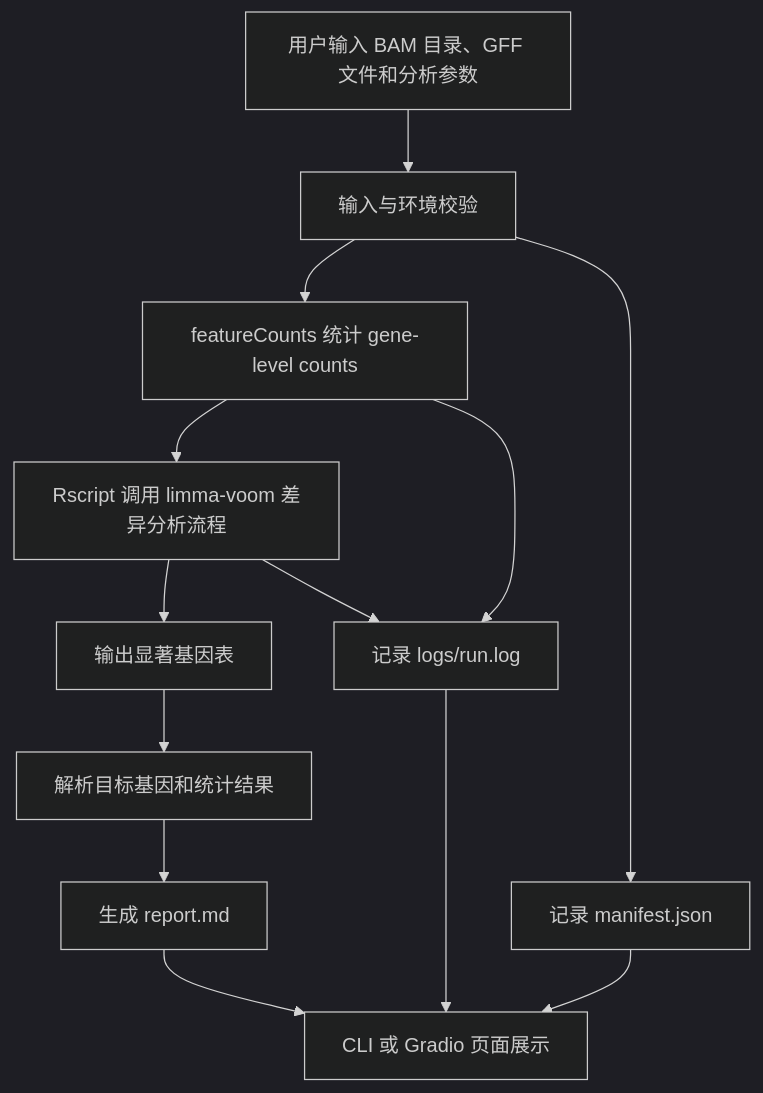
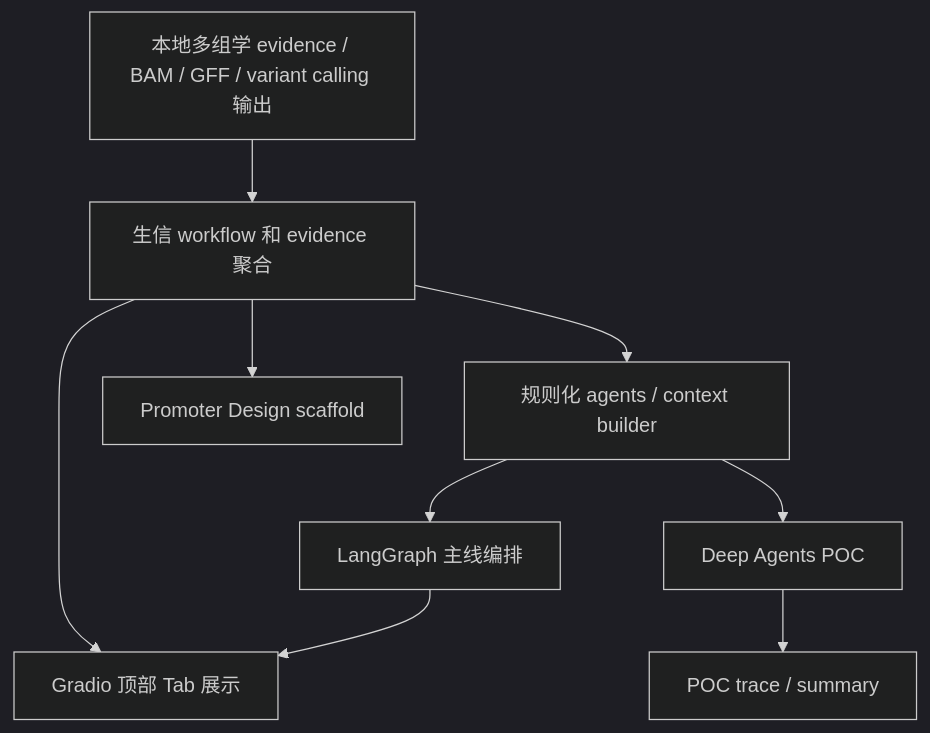
The diagram in docs/teacher_demo_brief.md (EuphoniumKumiko/breeding-agent), drawn with Mermaid (dark theme) before and after one commit. The commit also changed other lines of this file and 91 other files, not shown here.

````diff
--- a/docs/teacher_demo_brief.md
+++ b/docs/teacher_demo_brief.md
@@ -17,15 +24,11 @@
 ```mermaid
 flowchart TD
-    A[用户输入 BAM 目录、GFF 文件和分析参数] --> B[输入与环境校验]
-    B --> C[featureCounts 统计 gene-level counts]
-    C --> D[Rscript 调用 limma-voom 差异分析流程]
-    D --> E[输出显著基因表]
-    E --> F[解析目标基因和统计结果]
-    F --> G[生成 report.md]
-    B --> H[记录 manifest.json]
-    C --> I[记录 logs/run.log]
-    D --> I
-    G --> J[CLI 或 Gradio 页面展示]
-    H --> J
-    I --> J
+    A[本地多组学 evidence / BAM / GFF / variant calling 输出] --> B[生信 workflow 和 evidence 聚合]
+    B --> C[规则化 agents / context builder]
+    C --> D[LangGraph 主线编排]
+    C --> E[Deep Agents POC]
+    B --> F[Gradio 顶部 Tab 展示]
+    D --> F
+    E --> G[POC trace / summary]
+    B --> H[Promoter Design scaffold]
 ```
````
